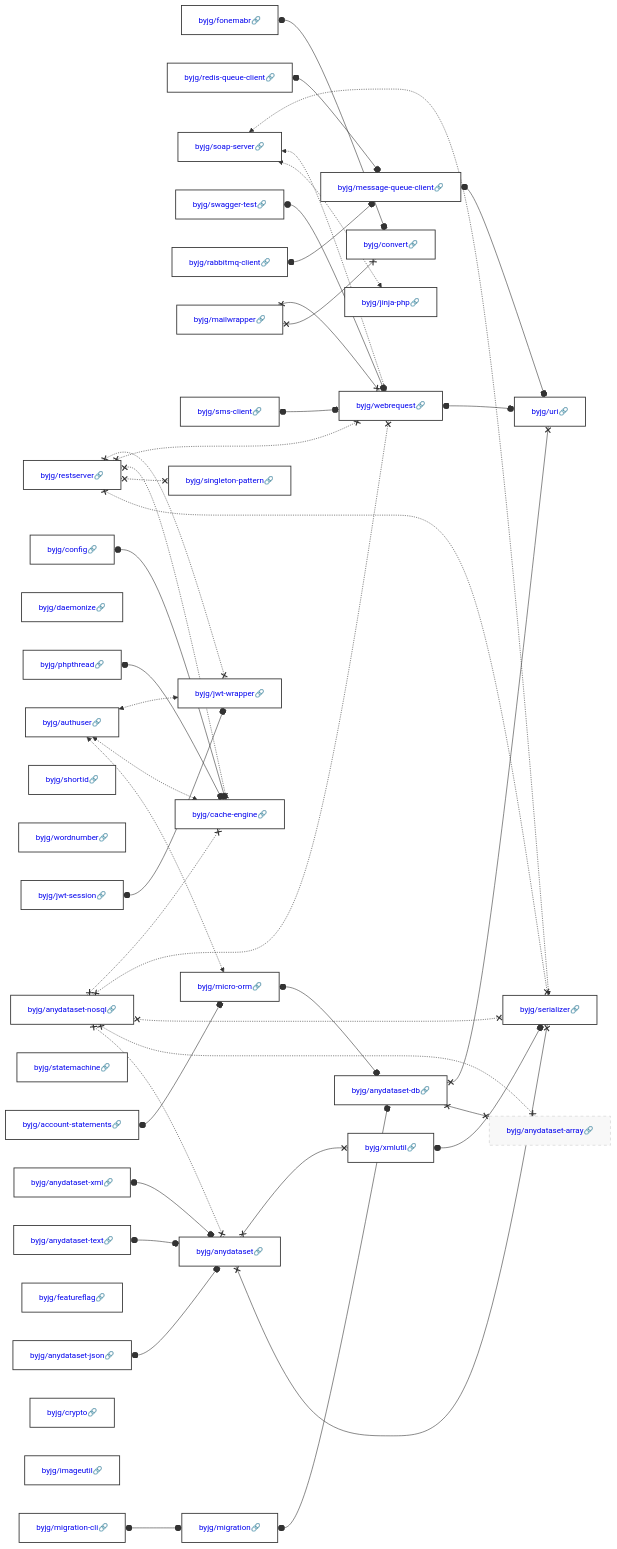
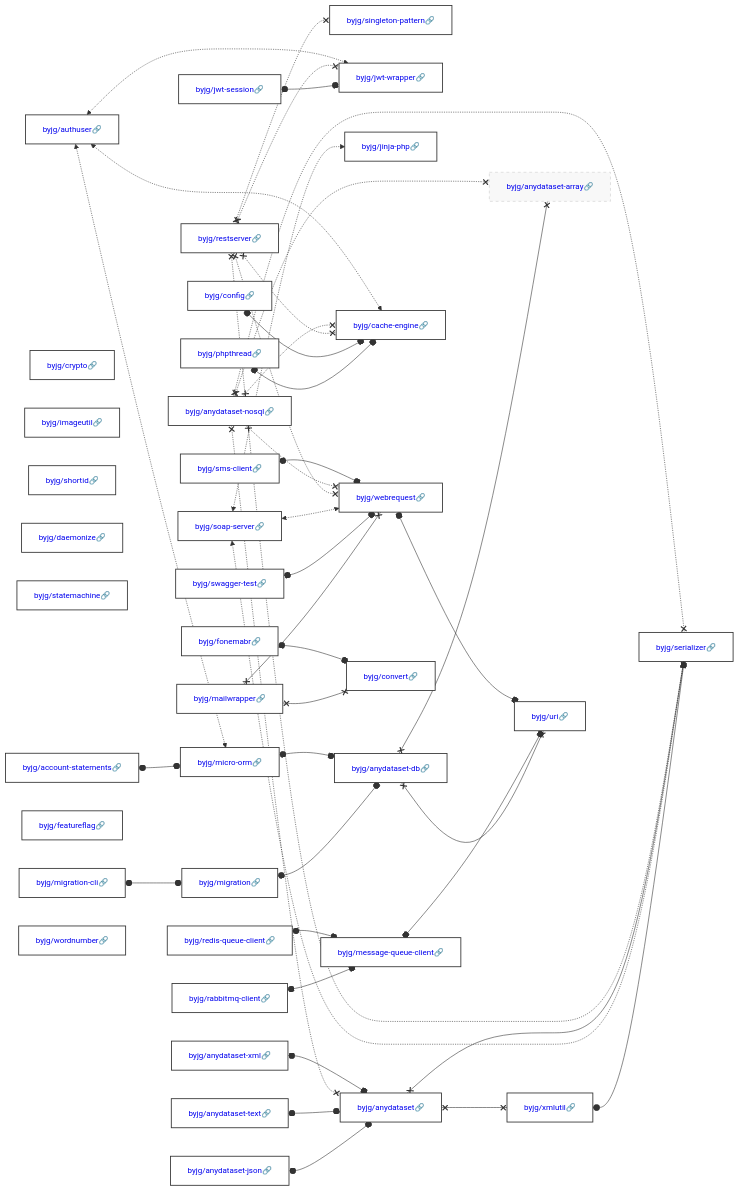
The diagram in docs/php/README.md (byjg/byjg.github.io), drawn with Mermaid before and after one commit. The commit also changed other lines of this file and 7 other files, not shown here.

Commit message:
Update documentation 'php' 'php-jwt-wrapper'

````diff
--- a/docs/php/README.md
+++ b/docs/php/README.md
@@ -3,40 +3,40 @@
 ```mermaid
 graph LR;
-  byjg/fonemabr[<a href='https://opensource.byjg.com/docs/php/fonemabr' style='text-decoration:none'>byjg/fonemabr🔗</a>];
-  byjg/redis-queue-client[<a href='https://opensource.byjg.com/docs/php/redis-queue-client' style='text-decoration:none'>byjg/redis-queue-client🔗</a>];
-  byjg/anydataset-nosql[<a href='https://opensource.byjg.com/docs/php/anydataset-nosql' style='text-decoration:none'>byjg/anydataset-nosql🔗</a>];
+  byjg/account-statements[<a href='https://opensource.byjg.com/docs/php/account-statements' style='text-decoration:none'>byjg/account-statements🔗</a>];
+  byjg/anydataset-json[<a href='https://opensource.byjg.com/docs/php/anydataset-json' style='text-decoration:none'>byjg/anydataset-json🔗</a>];
+  byjg/crypto[<a href='https://opensource.byjg.com/docs/php/crypto' style='text-decoration:none'>byjg/crypto🔗</a>];
+  byjg/imageutil[<a href='https://opensource.byjg.com/docs/php/imageutil' style='text-decoration:none'>byjg/imageutil🔗</a>];
+  byjg/shortid[<a href='https://opensource.byjg.com/docs/php/shortid' style='text-decoration:none'>byjg/shortid🔗</a>];
+  byjg/sms-client[<a href='https://opensource.byjg.com/docs/php/sms-client' style='text-decoration:none'>byjg/sms-client🔗</a>];
+  byjg/swagger-test[<a href='https://opensource.byjg.com/docs/php/swagger-test' style='text-decoration:none'>byjg/swagger-test🔗</a>];
   byjg/phpthread[<a href='https://opensource.byjg.com/docs/php/phpthread' style='text-decoration:none'>byjg/phpthread🔗</a>];
   byjg/daemonize[<a href='https://opensource.byjg.com/docs/php/daemonize' style='text-decoration:none'>byjg/daemonize🔗</a>];
-  byjg/anydataset-json[<a href='https://opensource.byjg.com/docs/php/anydataset-json' style='text-decoration:none'>byjg/anydataset-json🔗</a>];
+  byjg/mailwrapper[<a href='https://opensource.byjg.com/docs/php/mailwrapper' style='text-decoration:none'>byjg/mailwrapper🔗</a>];
+  byjg/rabbitmq-client[<a href='https://opensource.byjg.com/docs/php/rabbitmq-client' style='text-decoration:none'>byjg/rabbitmq-client🔗</a>];
+  byjg/restserver[<a href='https://opensource.byjg.com/docs/php/restserver' style='text-decoration:none'>byjg/restserver🔗</a>];
+  byjg/statemachine[<a href='https://opensource.byjg.com/docs/php/statemachine' style='text-decoration:none'>byjg/statemachine🔗</a>];
+  byjg/migration-cli[<a href='https://opensource.byjg.com/docs/php/migration-cli' style='text-decoration:none'>byjg/migration-cli🔗</a>];
+  byjg/featureflag[<a href='https://opensource.byjg.com/docs/php/featureflag' style='text-decoration:none'>byjg/featureflag🔗</a>];
+  byjg/config[<a href='https://opensource.byjg.com/docs/php/config' style='text-decoration:none'>byjg/config🔗</a>];
+  byjg/anydataset-xml[<a href='https://opensource.byjg.com/docs/php/anydataset-xml' style='text-decoration:none'>byjg/anydataset-xml🔗</a>];
+  byjg/authuser[<a href='https://opensource.byjg.com/docs/php/authuser' style='text-decoration:none'>byjg/authuser🔗</a>];
+  byjg/jwt-session[<a href='https://opensource.byjg.com/docs/php/jwt-session' style='text-decoration:none'>byjg/jwt-session🔗</a>];
+  byjg/redis-queue-client[<a href='https://opensource.byjg.com/docs/php/redis-queue-client' style='text-decoration:none'>byjg/redis-queue-client🔗</a>];
   byjg/soap-server[<a href='https://opensource.byjg.com/docs/php/soap-server' style='text-decoration:none'>byjg/soap-server🔗</a>];
-  byjg/account-statements[<a href='https://opensource.byjg.com/docs/php/account-statements' style='text-decoration:none'>byjg/account-statements🔗</a>];
-  byjg/shortid[<a href='https://opensource.byjg.com/docs/php/shortid' style='text-decoration:none'>byjg/shortid🔗</a>];
-  byjg/swagger-test[<a href='https://opensource.byjg.com/docs/php/swagger-test' style='text-decoration:none'>byjg/swagger-test🔗</a>];
+  byjg/anydataset-nosql[<a href='https://opensource.byjg.com/docs/php/anydataset-nosql' style='text-decoration:none'>byjg/anydataset-nosql🔗</a>];
+  byjg/anydataset-text[<a href='https://opensource.byjg.com/docs/php/anydataset-text' style='text-decoration:none'>byjg/anydataset-text🔗</a>];
+  byjg/fonemabr[<a href='https://opensource.byjg.com/docs/php/fonemabr' style='text-decoration:none'>byjg/fonemabr🔗</a>];
   byjg/wordnumber[<a href='https://opensource.byjg.com/docs/php/wordnumber' style='text-decoration:none'>byjg/wordnumber🔗</a>];
-  byjg/rabbitmq-client[<a href='https://opensource.byjg.com/docs/php/rabbitmq-client' style='text-decoration:none'>byjg/rabbitmq-client🔗</a>];
-  byjg/config[<a href='https://opensource.byjg.com/docs/php/config' style='text-decoration:none'>byjg/config🔗</a>];
-  byjg/authuser[<a href='https://opensource.byjg.com/docs/php/authuser' style='text-decoration:none'>byjg/authuser🔗</a>];
-  byjg/statemachine[<a href='https://opensource.byjg.com/docs/php/statemachine' style='text-decoration:none'>byjg/statemachine🔗</a>];
-  byjg/mailwrapper[<a href='https://opensource.byjg.com/docs/php/mailwrapper' style='text-decoration:none'>byjg/mailwrapper🔗</a>];
-  byjg/sms-client[<a href='https://opensource.byjg.com/docs/php/sms-client' style='text-decoration:none'>byjg/sms-client🔗</a>];
-  byjg/migration-cli[<a href='https://opensource.byjg.com/docs/php/migration-cli' style='text-decoration:none'>byjg/migration-cli🔗</a>];
-  byjg/jwt-session[<a href='https://opensource.byjg.com/docs/php/jwt-session' style='text-decoration:none'>byjg/jwt-session🔗</a>];
-  byjg/anydataset-text[<a href='https://opensource.byjg.com/docs/php/anydataset-text' style='text-decoration:none'>byjg/anydataset-text🔗</a>];
-  byjg/featureflag[<a href='https://opensource.byjg.com/docs/php/featureflag' style='text-decoration:none'>byjg/featureflag🔗</a>];
-  byjg/restserver[<a href='https://opensource.byjg.com/docs/php/restserver' style='text-decoration:none'>byjg/restserver🔗</a>];
-  byjg/crypto[<a href='https://opensource.byjg.com/docs/php/crypto' style='text-decoration:none'>byjg/crypto🔗</a>];
-  byjg/imageutil[<a href='https://opensource.byjg.com/docs/php/imageutil' style='text-decoration:none'>byjg/imageutil🔗</a>];
-  byjg/anydataset-xml[<a href='https://opensource.byjg.com/docs/php/anydataset-xml' style='text-decoration:none'>byjg/anydataset-xml🔗</a>];
+  byjg/singleton-pattern[<a href='https://opensource.byjg.com/docs/php/singleton-pattern' style='text-decoration:none'>byjg/singleton-pattern🔗</a>];
+  byjg/migration[<a href='https://opensource.byjg.com/docs/php/migration' style='text-decoration:none'>byjg/migration🔗</a>];
+  byjg/micro-orm[<a href='https://opensource.byjg.com/docs/php/micro-orm' style='text-decoration:none'>byjg/micro-orm🔗</a>];
+  byjg/jwt-wrapper[<a href='https://opensource.byjg.com/docs/php/jwt-wrapper' style='text-decoration:none'>byjg/jwt-wrapper🔗</a>];
+  byjg/message-queue-client[<a href='https://opensource.byjg.com/docs/php/message-queue-client' style='text-decoration:none'>byjg/message-queue-client🔗</a>];
   byjg/jinja-php[<a href='https://opensource.byjg.com/docs/php/jinja-php' style='text-decoration:none'>byjg/jinja-php🔗</a>];
-  byjg/message-queue-client[<a href='https://opensource.byjg.com/docs/php/message-queue-client' style='text-decoration:none'>byjg/message-queue-client🔗</a>];
-  byjg/micro-orm[<a href='https://opensource.byjg.com/docs/php/micro-orm' style='text-decoration:none'>byjg/micro-orm🔗</a>];
+  byjg/webrequest[<a href='https://opensource.byjg.com/docs/php/webrequest' style='text-decoration:none'>byjg/webrequest🔗</a>];
+  byjg/cache-engine[<a href='https://opensource.byjg.com/docs/php/cache-engine' style='text-decoration:none'>byjg/cache-engine🔗</a>];
+  byjg/anydataset[<a href='https://opensource.byjg.com/docs/php/anydataset' style='text-decoration:none'>byjg/anydataset🔗</a>];
   byjg/convert[<a href='https://opensource.byjg.com/docs/php/convert' style='text-decoration:none'>byjg/convert🔗</a>];
-  byjg/migration[<a href='https://opensource.byjg.com/docs/php/migration' style='text-decoration:none'>byjg/migration🔗</a>];
-  byjg/singleton-pattern[<a href='https://opensource.byjg.com/docs/php/singleton-pattern' style='text-decoration:none'>byjg/singleton-pattern🔗</a>];
-  byjg/cache-engine[<a href='https://opensource.byjg.com/docs/php/cache-engine' style='text-decoration:none'>byjg/cache-engine🔗</a>];
-  byjg/webrequest[<a href='https://opensource.byjg.com/docs/php/webrequest' style='text-decoration:none'>byjg/webrequest🔗</a>];
-  byjg/jwt-wrapper[<a href='https://opensource.byjg.com/docs/php/jwt-wrapper' style='text-decoration:none'>byjg/jwt-wrapper🔗</a>];
-  byjg/anydataset[<a href='https://opensource.byjg.com/docs/php/anydataset' style='text-decoration:none'>byjg/anydataset🔗</a>];
   byjg/anydataset-db[<a href='https://opensource.byjg.com/docs/php/anydataset-db' style='text-decoration:none'>byjg/anydataset-db🔗</a>];
   byjg/xmlutil[<a href='https://opensource.byjg.com/docs/php/xmlutil' style='text-decoration:none'>byjg/xmlutil🔗</a>];
   byjg/anydataset-array[<a href='https://opensource.byjg.com/docs/php/anydataset-array' style='text-decoration:none'>byjg/anydataset-array🔗</a>];
````
